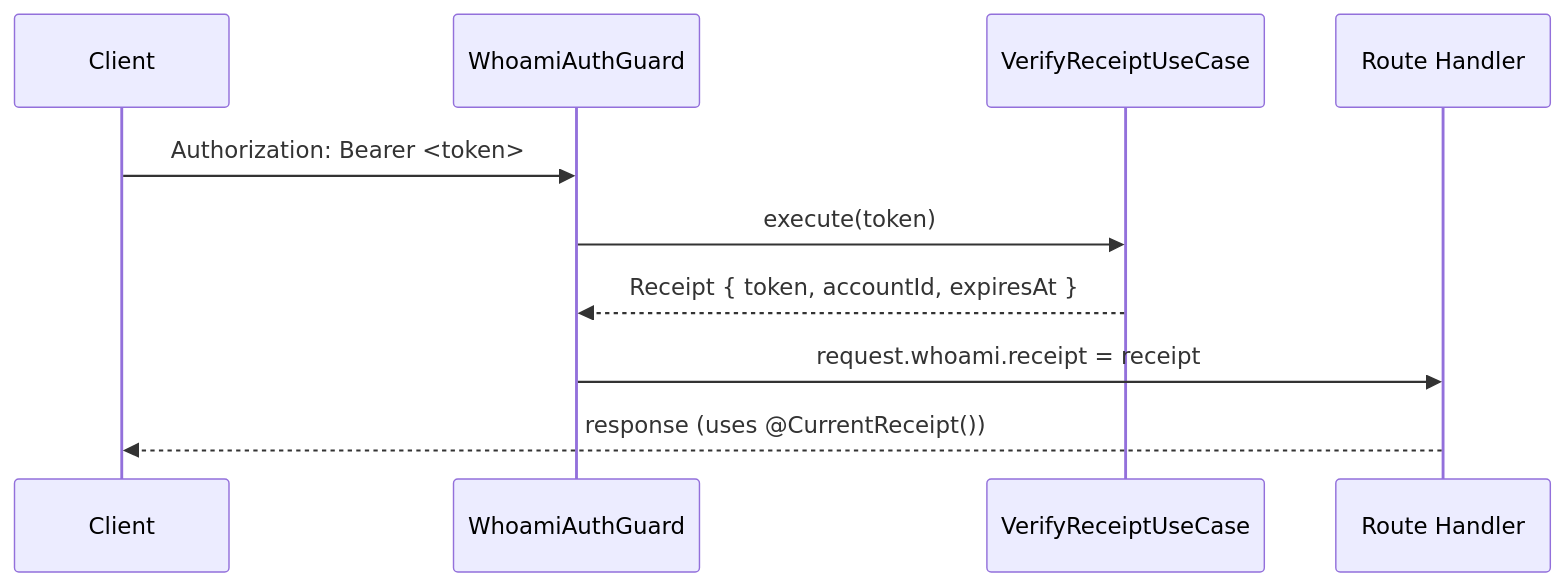
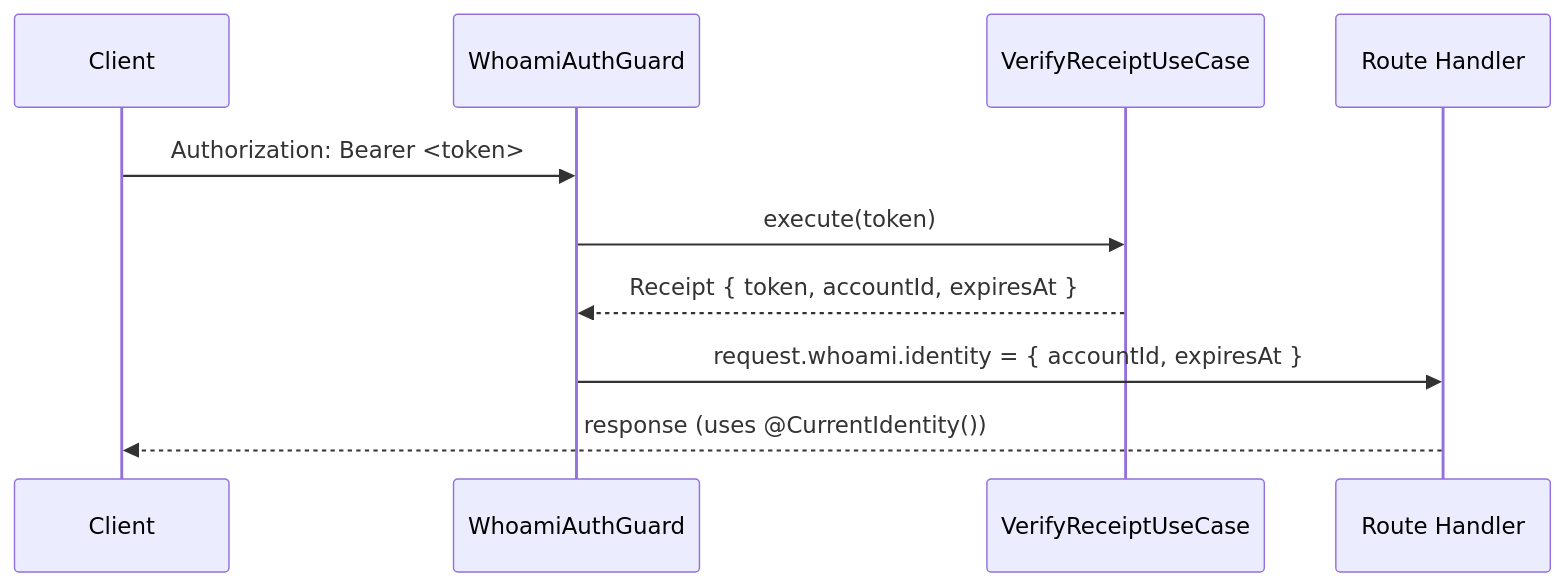
Before and after one commit to odysseon/whoami: the first of 2 diagrams in docs/type-model.md, drawn with Mermaid. The commit also changed other lines of this file and 5 other files, not shown here.

````diff
--- a/docs/type-model.md
+++ b/docs/type-model.md
@@ -39,13 +41,13 @@
 ```mermaid
 sequenceDiagram
     participant Client
     participant Guard as WhoamiAuthGuard
     participant VerifyUC as VerifyReceiptUseCase
     participant Handler as Route Handler
 
     Client->>Guard: Authorization: Bearer <token>
     Guard->>VerifyUC: execute(token)
     VerifyUC-->>Guard: Receipt { token, accountId, expiresAt }
-    Guard->>Handler: request.whoami.receipt = receipt
-    Handler-->>Client: response (uses @CurrentReceipt())
+    Guard->>Handler: request.whoami.identity = { accountId, expiresAt }
+    Handler-->>Client: response (uses @CurrentIdentity())
 ```
````
